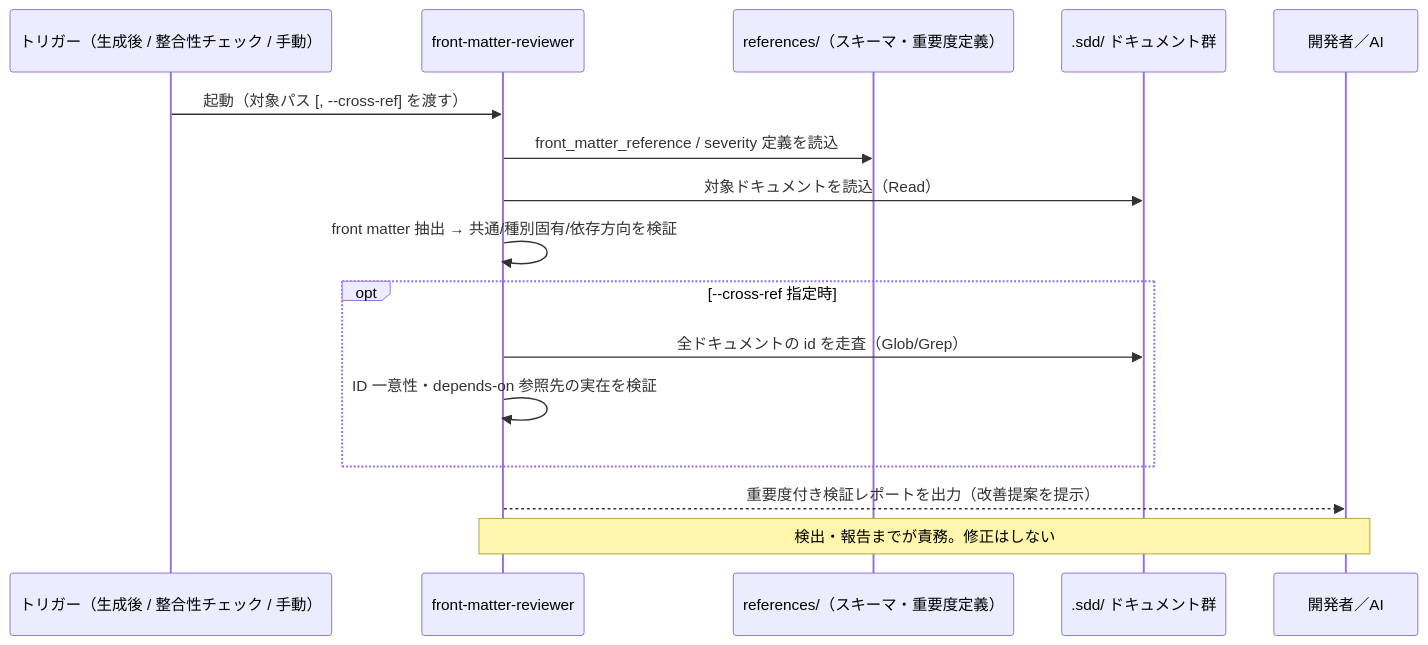
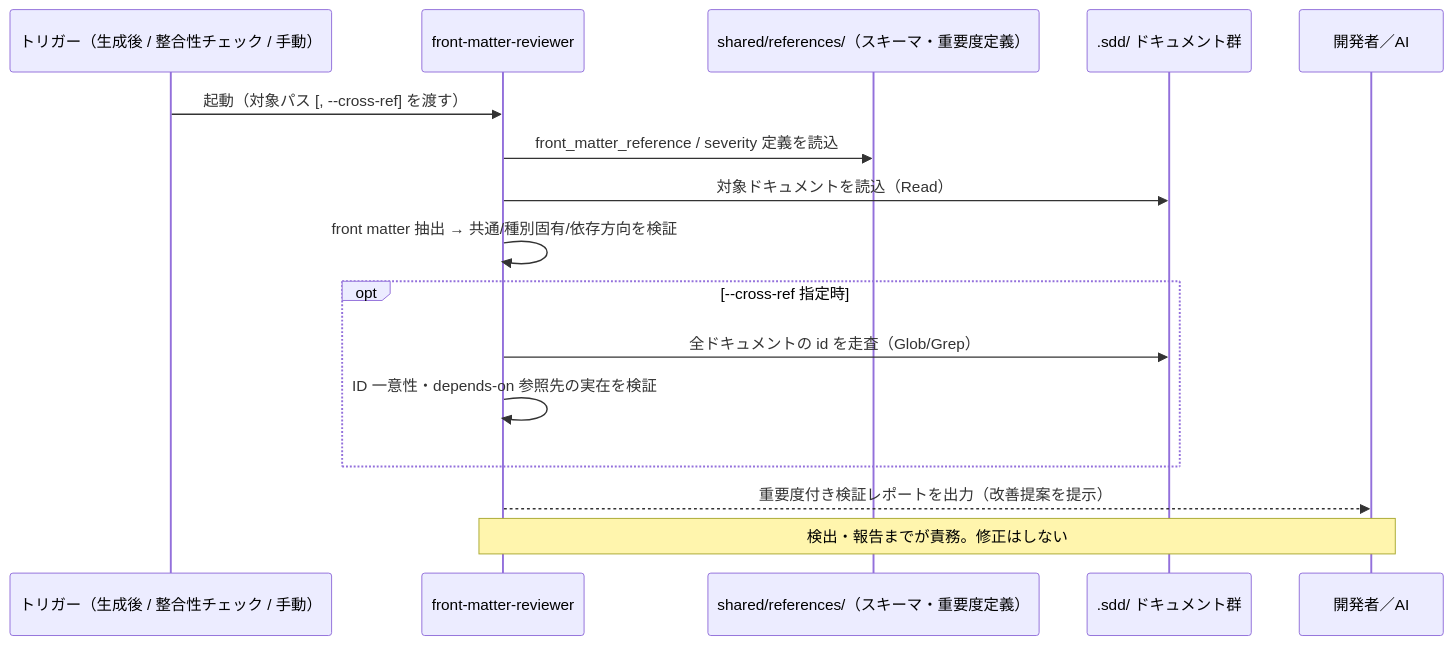
The diagram in .sdd/specification/quality-guardrails/front-matter-validation_spec.md (ToshikiImagawa/ai-sdd-workflow-dev), drawn with Mermaid before and after one commit. The commit also changed other lines of this file and 113 other files, not shown here.

````diff
--- a/.sdd/specification/quality-guardrails/front-matter-validation_spec.md
+++ b/.sdd/specification/quality-guardrails/front-matter-validation_spec.md
@@ -140,19 +140,19 @@
 ```mermaid
 sequenceDiagram
     participant Trigger as トリガー（生成後 / 整合性チェック / 手動）
     participant Reviewer as front-matter-reviewer
-    participant Ref as references/（スキーマ・重要度定義）
+    participant Ref as shared/references/（スキーマ・重要度定義）
     participant Docs as .sdd/ ドキュメント群
     participant Dev as 開発者／AI
 
     Trigger ->> Reviewer: 起動（対象パス [, --cross-ref] を渡す）
     Reviewer ->> Ref: front_matter_reference / severity 定義を読込
     Reviewer ->> Docs: 対象ドキュメントを読込（Read）
     Reviewer ->> Reviewer: front matter 抽出 → 共通/種別固有/依存方向を検証
     opt --cross-ref 指定時
         Reviewer ->> Docs: 全ドキュメントの id を走査（Glob/Grep）
         Reviewer ->> Reviewer: ID 一意性・depends-on 参照先の実在を検証
     end
     Reviewer -->> Dev: 重要度付き検証レポートを出力（改善提案を提示）
     Note over Reviewer,Dev: 検出・報告までが責務。修正はしない
 ```
````
